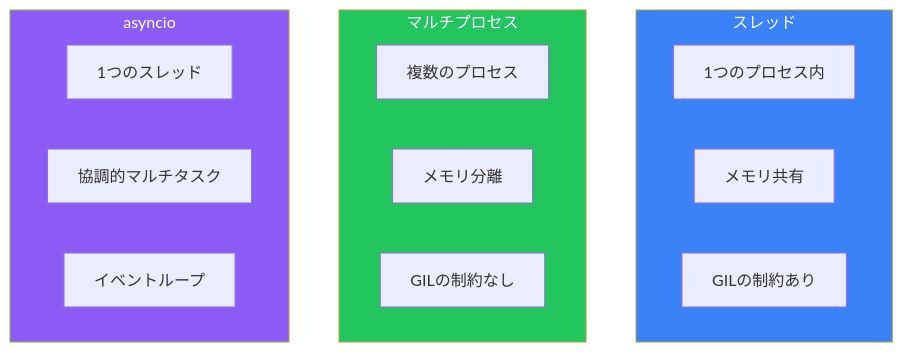
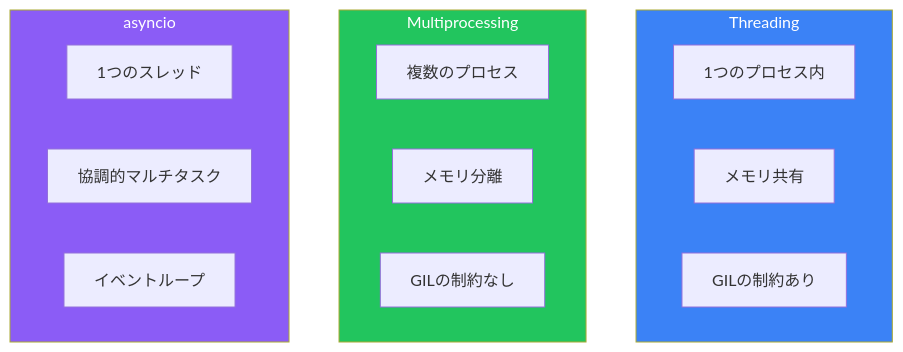
The first of 2 diagrams in content/blog/ja/python-concurrency-comparison.md (shunkus/shunku.net), drawn with Mermaid before and after one commit. The commit also changed other lines of this file and 56 other files, not shown here.

````diff
--- a/content/blog/ja/python-concurrency-comparison.md
+++ b/content/blog/ja/python-concurrency-comparison.md
@@ -13,24 +13,24 @@
 ```mermaid
 flowchart TB
-    subgraph Threading["スレッド"]
+    subgraph Threading["Threading"]
         T1["1つのプロセス内"]
         T2["メモリ共有"]
         T3["GILの制約あり"]
     end
 
-    subgraph Multiprocessing["マルチプロセス"]
+    subgraph Multiprocessing["Multiprocessing"]
         P1["複数のプロセス"]
         P2["メモリ分離"]
         P3["GILの制約なし"]
     end
 
     subgraph Asyncio["asyncio"]
         A1["1つのスレッド"]
         A2["協調的マルチタスク"]
         A3["イベントループ"]
     end
 
     style Threading fill:#3b82f6,color:#fff
     style Multiprocessing fill:#22c55e,color:#fff
     style Asyncio fill:#8b5cf6,color:#fff
 ```
````
